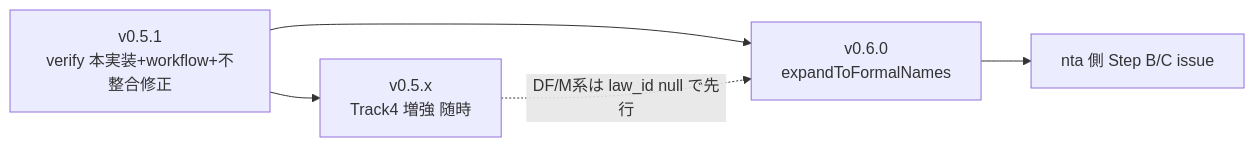
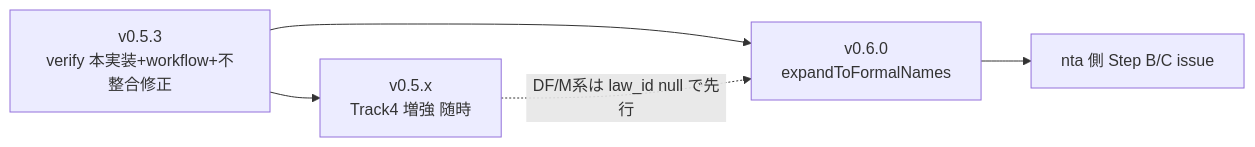
Before and after one commit to shuji-bonji/houki-abbreviations: the diagram in docs/v0.5.1-v0.6.0-plan.md, drawn with Mermaid. The commit also changed other lines of this file and 4 other files, not shown here.

````diff
--- a/docs/v0.5.1-v0.6.0-plan.md
+++ b/docs/v0.5.1-v0.6.0-plan.md
@@ -113,7 +119,7 @@
 ```mermaid
 flowchart LR
-    A[v0.5.1<br/>verify 本実装+workflow+不整合修正] --> B[v0.5.x<br/>Track4 増強 随時]
+    A[v0.5.3<br/>verify 本実装+workflow+不整合修正] --> B[v0.5.x<br/>Track4 増強 随時]
     A --> C[v0.6.0<br/>expandToFormalNames]
     B -.->|DF/M系は law_id null で先行| C
     C --> D[nta 側 Step B/C issue]
 ```
````
